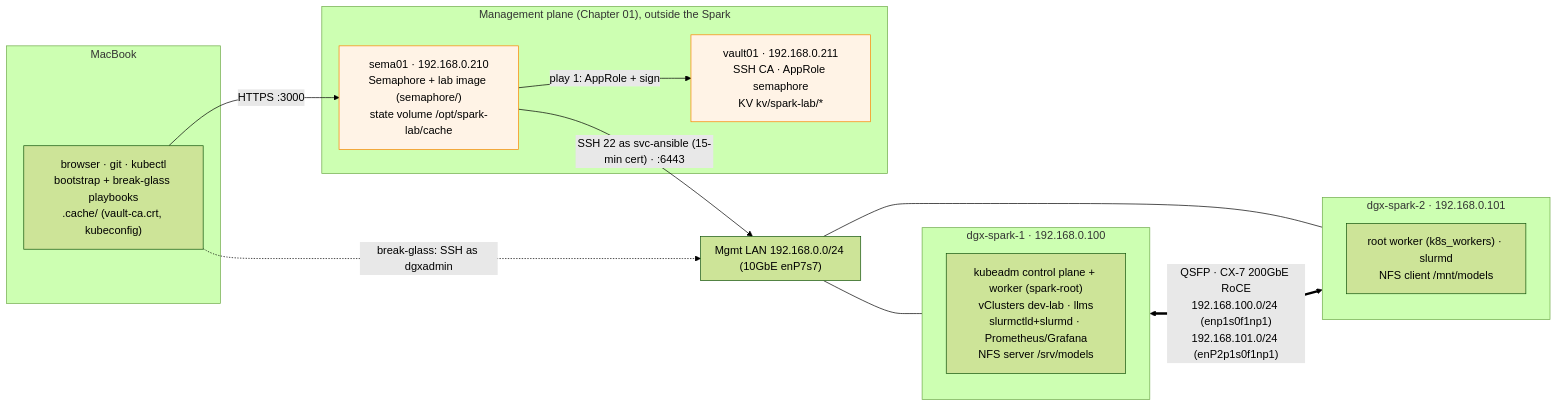
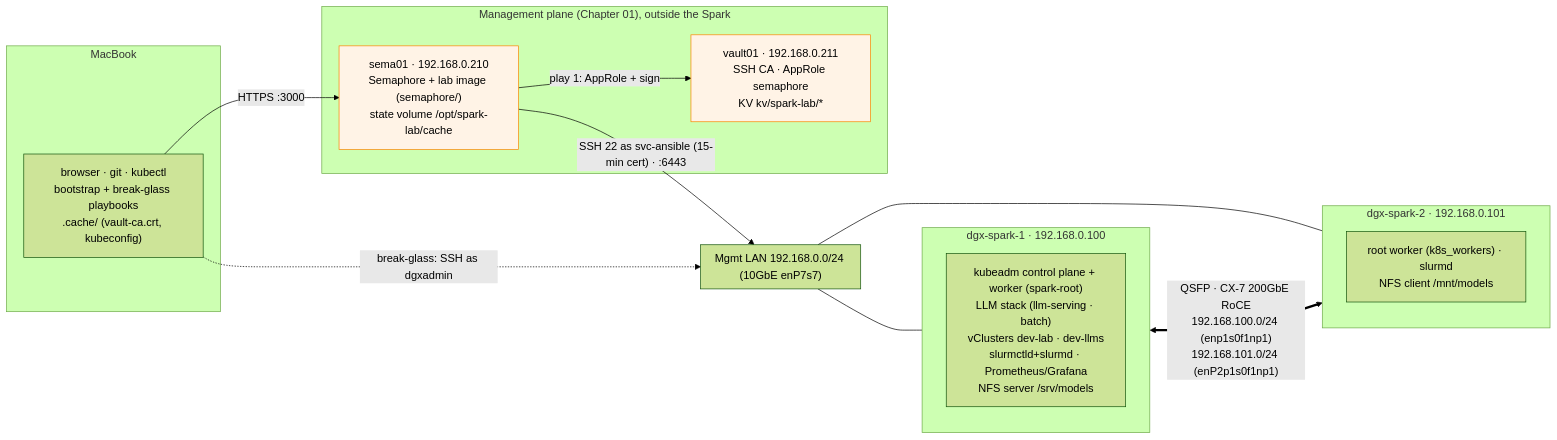
Before and after one commit to cloudone365/technical-depth: the diagram in 01-Ansible/lab/README.md, drawn with Mermaid (forest theme). The commit also changed other lines of this file and 58 other files, not shown here.

First line of the commit message:
Docs: dev-llms sandbox vCluster, LLM stack on the root, shared ~90 GiB pool, headless DGX OS

````diff
--- a/01-Ansible/lab/README.md
+++ b/01-Ansible/lab/README.md
@@ -79,27 +79,27 @@
 ```mermaid
 flowchart LR
   subgraph MAC["MacBook"]
     A["browser · git · kubectl<br/>bootstrap + break-glass playbooks<br/>.cache/ (vault-ca.crt, kubeconfig)"]
   end
   subgraph MP["Management plane (Chapter 01), outside the Spark"]
     SEMA["sema01 · 192.168.0.210<br/>Semaphore + lab image (semaphore/)<br/>state volume /opt/spark-lab/cache"]
     VAULT["vault01 · 192.168.0.211<br/>SSH CA · AppRole semaphore<br/>KV kv/spark-lab/*"]
   end
   subgraph MGMT["Mgmt LAN 192.168.0.0/24 (10GbE enP7s7)"]
   end
   subgraph S1["dgx-spark-1 · 192.168.0.100"]
-    S1a["kubeadm control plane + worker (spark-root)<br/>vClusters dev-lab · llms<br/>slurmctld+slurmd · Prometheus/Grafana<br/>NFS server /srv/models"]
+    S1a["kubeadm control plane + worker (spark-root)<br/>LLM stack (llm-serving · batch)<br/>vClusters dev-lab · dev-llms<br/>slurmctld+slurmd · Prometheus/Grafana<br/>NFS server /srv/models"]
   end
   subgraph S2["dgx-spark-2 · 192.168.0.101"]
     S2a["root worker (k8s_workers) · slurmd<br/>NFS client /mnt/models"]
   end
   A -- "HTTPS :3000" --> SEMA
   SEMA -- "play 1: AppRole + sign" --> VAULT
   SEMA -- "SSH 22 as svc-ansible (15-min cert) · :6443" --> MGMT
   A -. "break-glass: SSH as dgxadmin" .-> MGMT
   MGMT --- S1
   MGMT --- S2
   S1 <== "QSFP · CX-7 200GbE RoCE<br/>192.168.100.0/24 (enp1s0f1np1)<br/>192.168.101.0/24 (enP2p1s0f1np1)" ==> S2
   classDef mgmt fill:#fff3e6,stroke:#fb8500,color:#000
   class SEMA,VAULT mgmt
 ```
````
